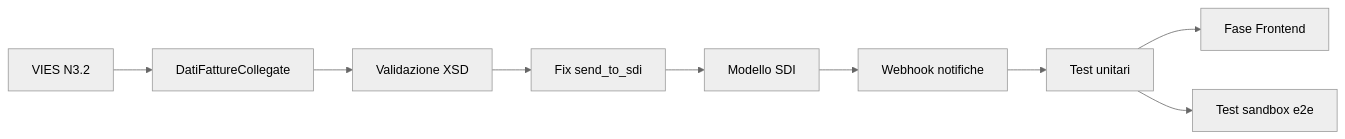
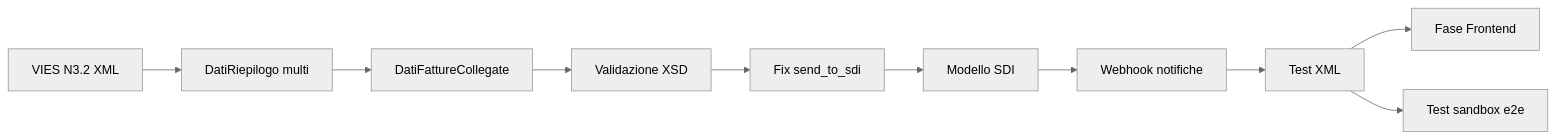
The diagram in .cursor/tasks_claude/fatturaPa/fatturapa_backlog_implementazione.md (slafragola93/ECommerceManagerAPI), drawn with Mermaid (neutral theme) before and after one commit. The commit also changed other lines of this file and 15 other files, not shown here.

````diff
--- a/.cursor/tasks_claude/fatturaPa/fatturapa_backlog_implementazione.md
+++ b/.cursor/tasks_claude/fatturaPa/fatturapa_backlog_implementazione.md
@@ -343,11 +420,12 @@
 ```mermaid
 flowchart LR
-  P0_05[VIES N3.2] --> P0_06[DatiFattureCollegate]
+  P0_05[VIES N3.2 XML] --> P1_05[DatiRiepilogo multi]
+  P1_05 --> P0_06[DatiFattureCollegate]
   P0_06 --> P0_02[Validazione XSD]
   P0_02 --> P0_01[Fix send_to_sdi]
   P0_01 --> P0_04[Modello SDI]
   P0_04 --> P0_03[Webhook notifiche]
-  P0_03 --> P0_07[Test unitari]
+  P0_03 --> P0_07[Test XML]
   P0_07 --> FE[Fase Frontend]
   P0_07 --> E2E[Test sandbox e2e]
 ```
````
